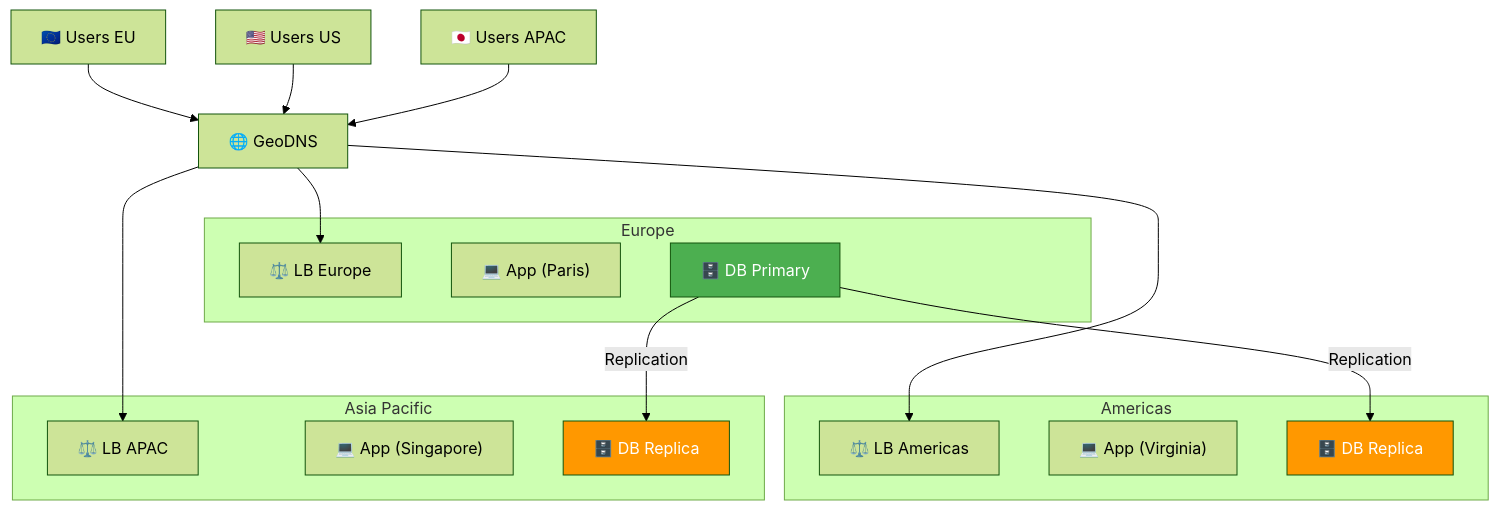
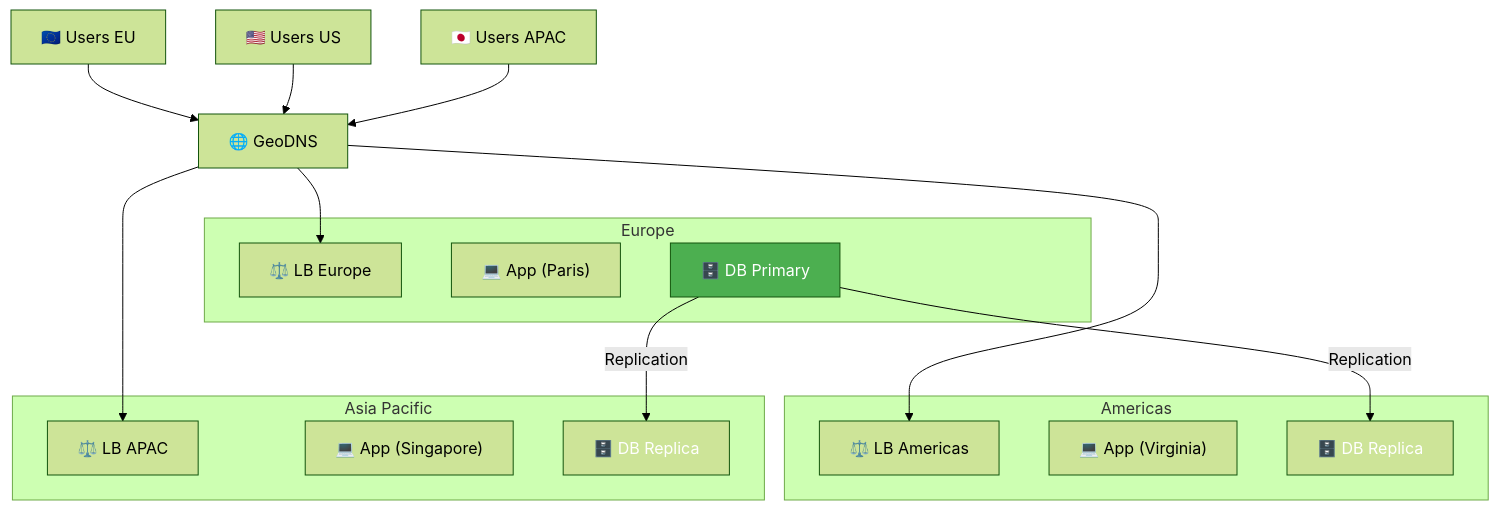
Before and after one commit to VBlackJack/ShellBook: the fifth of 11 diagrams in docs/formations/cloud-fundamentals/07-module.md, drawn with Mermaid (forest theme). The commit also changed other lines of this file and 337 other files, not shown here.

First line of the commit message:
refactor(docs): Standardize code blocks and Mermaid colors

````diff
--- a/docs/formations/cloud-fundamentals/07-module.md
+++ b/docs/formations/cloud-fundamentals/07-module.md
@@ -176,37 +176,37 @@
 ```mermaid
 graph TB
     subgraph "Europe"
         EU_LB["⚖️ LB Europe"]
         EU_APP["💻 App (Paris)"]
         EU_DB["🗄️ DB Primary"]
     end
 
     subgraph "Americas"
         US_LB["⚖️ LB Americas"]
         US_APP["💻 App (Virginia)"]
         US_DB["🗄️ DB Replica"]
     end
 
     subgraph "Asia Pacific"
         APAC_LB["⚖️ LB APAC"]
         APAC_APP["💻 App (Singapore)"]
         APAC_DB["🗄️ DB Replica"]
     end
 
     DNS["🌐 GeoDNS"]
 
     USER_EU["🇪🇺 Users EU"] --> DNS
     USER_US["🇺🇸 Users US"] --> DNS
     USER_APAC["🇯🇵 Users APAC"] --> DNS
 
     DNS --> EU_LB
     DNS --> US_LB
     DNS --> APAC_LB
 
     EU_DB -->|"Replication"| US_DB
     EU_DB -->|"Replication"| APAC_DB
 
     style EU_DB fill:#4caf50,color:#fff
-    style US_DB fill:#ff9800,color:#fff
-    style APAC_DB fill:#ff9800,color:#fff
+    style US_DB fill:#FF9800800800,color:#fff
+    style APAC_DB fill:#FF9800800800,color:#fff
 ```
````
